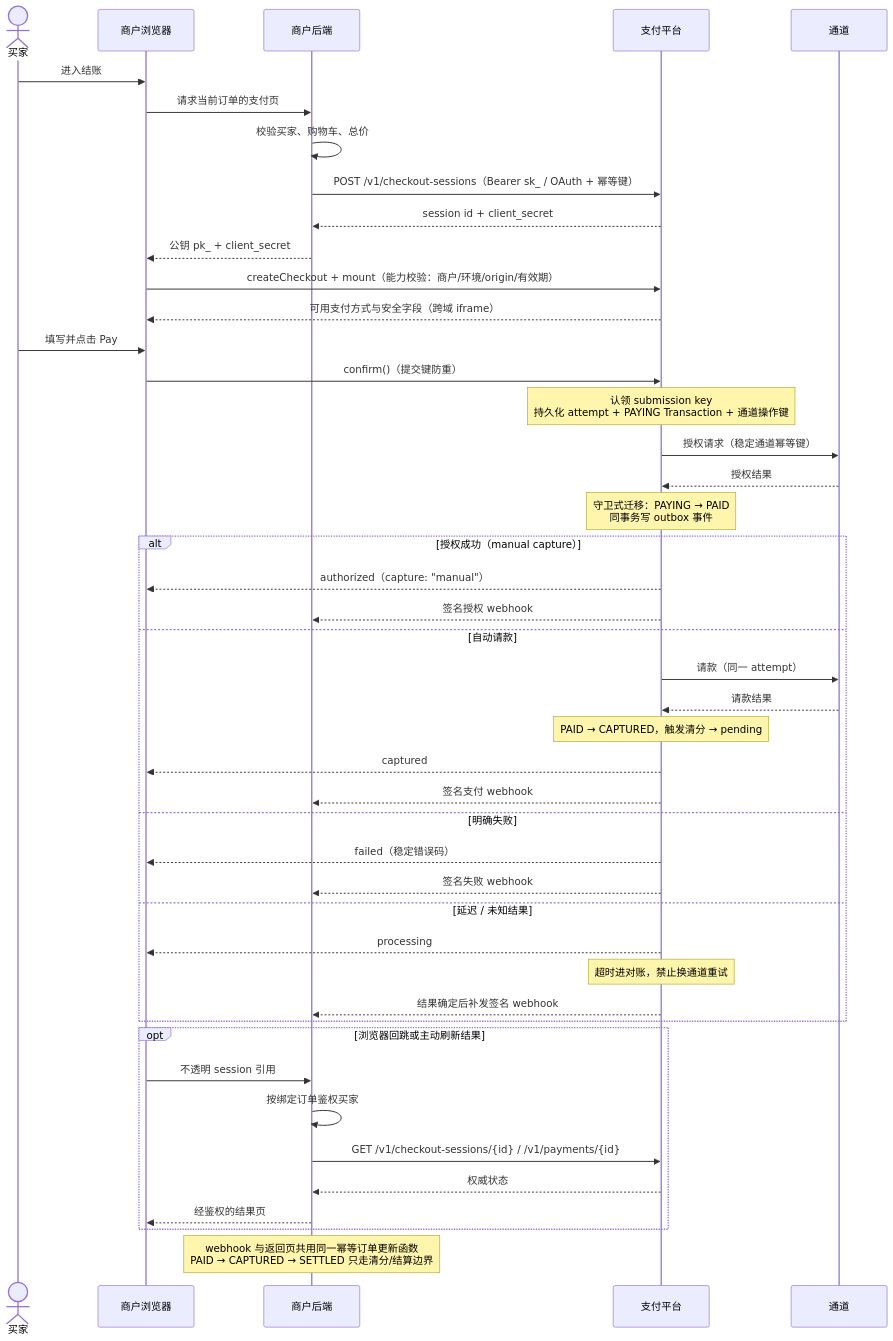
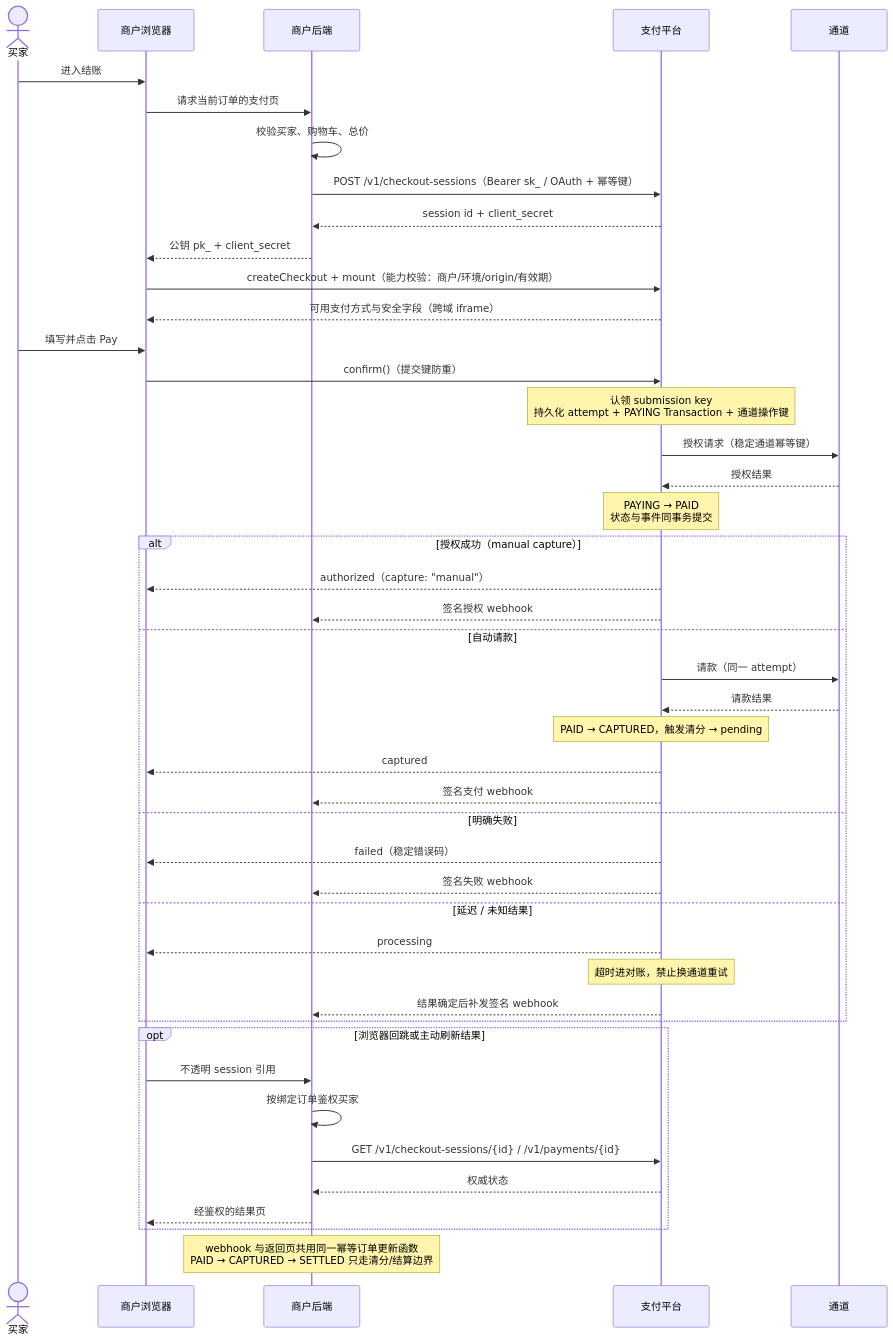
One commit to 1aboveio/wallet-architecture changed the first of 3 diagrams in docs/payment-element-auth-integration-design.md. Above: the diagram before and after it, drawn with Mermaid. The commit also changed other lines of this file, not shown here.

````diff
--- a/docs/payment-element-auth-integration-design.md
+++ b/docs/payment-element-auth-integration-design.md
@@ -30,52 +29,52 @@
 ```mermaid
 sequenceDiagram
     actor Buyer as 买家
     participant Browser as 商户浏览器
     participant Backend as 商户后端
     participant Platform as 支付平台
     participant Processor as 通道
 
     Buyer->>Browser: 进入结账
     Browser->>Backend: 请求当前订单的支付页
     Backend->>Backend: 校验买家、购物车、总价
     Backend->>Platform: POST /v1/checkout-sessions（Bearer sk_ / OAuth + 幂等键）
     Platform-->>Backend: session id + client_secret
     Backend-->>Browser: 公钥 pk_ + client_secret
     Browser->>Platform: createCheckout + mount（能力校验：商户/环境/origin/有效期）
     Platform-->>Browser: 可用支付方式与安全字段（跨域 iframe）
 
     Buyer->>Browser: 填写并点击 Pay
     Browser->>Platform: confirm()（提交键防重）
     Note over Platform: 认领 submission key<br/>持久化 attempt + PAYING Transaction + 通道操作键
     Platform->>Processor: 授权请求（稳定通道幂等键）
     Processor-->>Platform: 授权结果
-    Note over Platform: 守卫式迁移：PAYING → PAID<br/>同事务写 outbox 事件
+    Note over Platform: PAYING → PAID<br/>状态与事件同事务提交
 
     alt 授权成功（manual capture）
         Platform-->>Browser: authorized（capture: "manual"）
         Platform-->>Backend: 签名授权 webhook
     else 自动请款
         Platform->>Processor: 请款（同一 attempt）
         Processor-->>Platform: 请款结果
         Note over Platform: PAID → CAPTURED，触发清分 → pending
         Platform-->>Browser: captured
         Platform-->>Backend: 签名支付 webhook
     else 明确失败
         Platform-->>Browser: failed（稳定错误码）
         Platform-->>Backend: 签名失败 webhook
     else 延迟 / 未知结果
         Platform-->>Browser: processing
         Note over Platform: 超时进对账，禁止换通道重试
         Platform-->>Backend: 结果确定后补发签名 webhook
     end
 
     opt 浏览器回跳或主动刷新结果
         Browser->>Backend: 不透明 session 引用
         Backend->>Backend: 按绑定订单鉴权买家
         Backend->>Platform: GET /v1/checkout-sessions/{id} / /v1/payments/{id}
         Platform-->>Backend: 权威状态
         Backend-->>Browser: 经鉴权的结果页
     end
 
     Note over Backend: webhook 与返回页共用同一幂等订单更新函数<br/>PAID → CAPTURED → SETTLED 只走清分/结算边界
 ```
````
